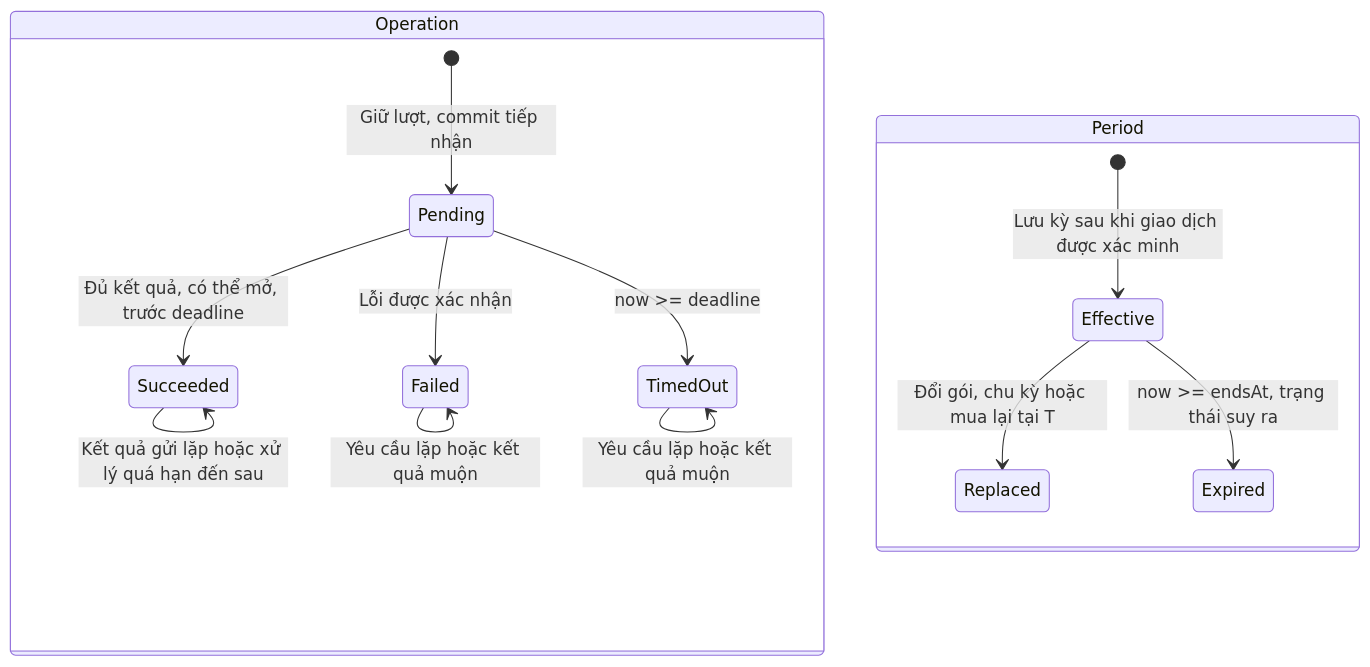
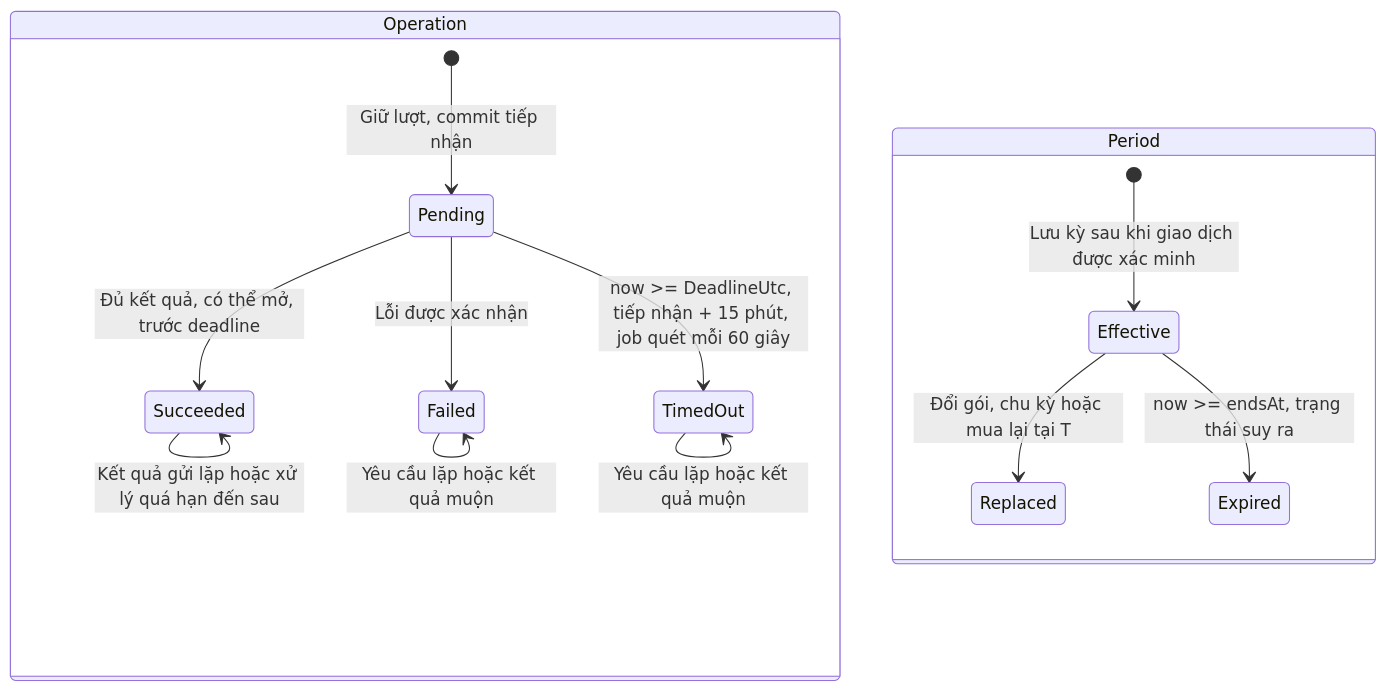
The fourth of 5 diagrams in tdd/TDD-SUB-002.md (TaskCoper/bmt-documentation), drawn with Mermaid before and after one commit. The commit also changed other lines of this file and 251 other files, not shown here.

````diff
--- a/tdd/TDD-SUB-002.md
+++ b/tdd/TDD-SUB-002.md
@@ -365,17 +369,17 @@
 ```mermaid
 stateDiagram-v2
     state Operation {
       [*] --> Pending: Giữ lượt, commit tiếp nhận
       Pending --> Succeeded: Đủ kết quả, có thể mở, trước deadline
       Pending --> Failed: Lỗi được xác nhận
-      Pending --> TimedOut: now >= deadline
+      Pending --> TimedOut: now >= DeadlineUtc, tiếp nhận + 15 phút, job quét mỗi 60 giây
       Succeeded --> Succeeded: Kết quả gửi lặp hoặc xử lý quá hạn đến sau
       Failed --> Failed: Yêu cầu lặp hoặc kết quả muộn
       TimedOut --> TimedOut: Yêu cầu lặp hoặc kết quả muộn
     }
     state Period {
       [*] --> Effective: Lưu kỳ sau khi giao dịch được xác minh
       Effective --> Replaced: Đổi gói, chu kỳ hoặc mua lại tại T
       Effective --> Expired: now >= endsAt, trạng thái suy ra
     }
 ```
````
